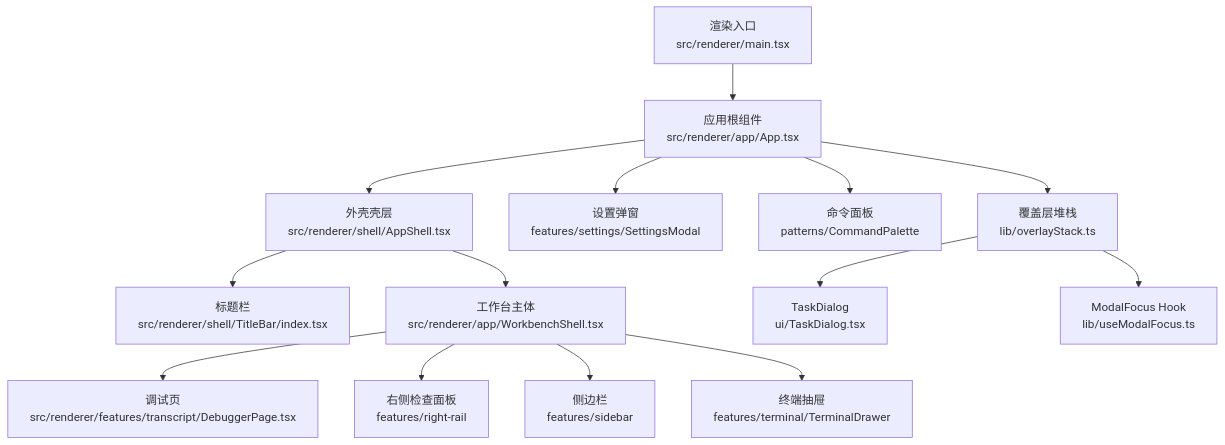
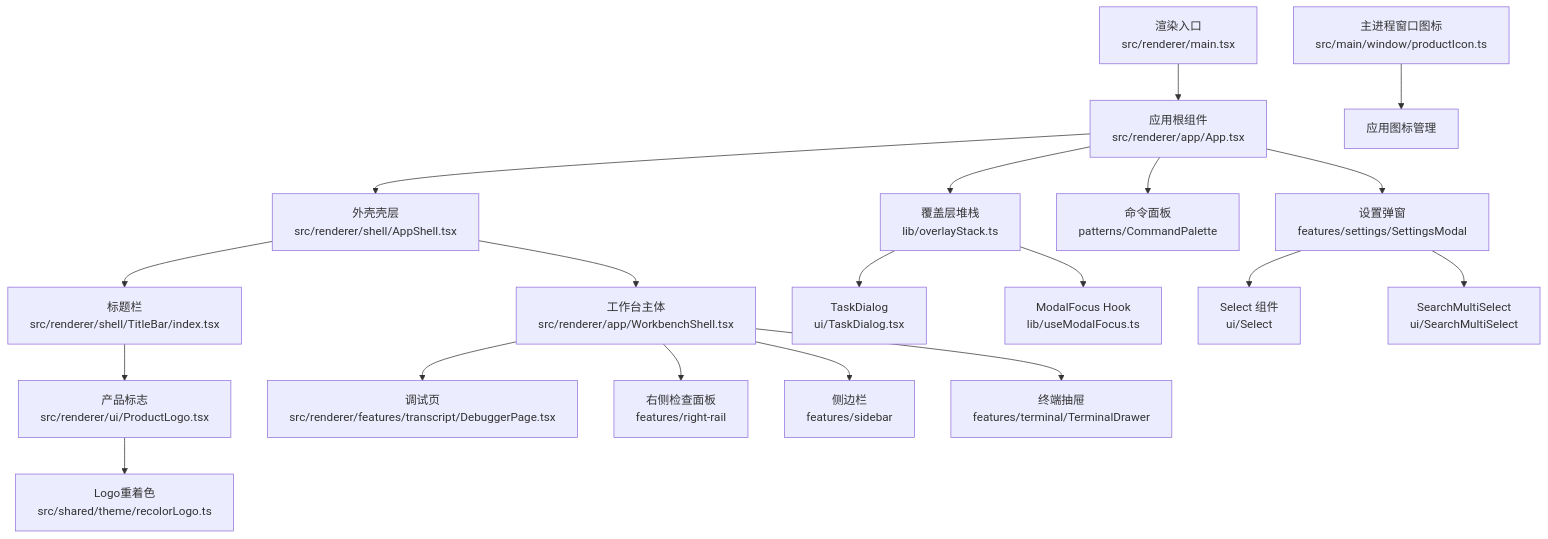
One commit to haolange/RDC-Agent changed the first of 11 diagrams in .qoder/repowiki/zh/content/用户界面/用户界面.md. Above: the diagram before and after it, drawn with Mermaid. The commit also changed other lines of this file and 80 other files, not shown here.

````diff
--- a/.qoder/repowiki/zh/content/用户界面/用户界面.md
+++ b/.qoder/repowiki/zh/content/用户界面/用户界面.md
@@ -52,16 +63,21 @@
 ```mermaid
 graph TB
 A["渲染入口<br/>src/renderer/main.tsx"] --> B["应用根组件<br/>src/renderer/app/App.tsx"]
 B --> C["外壳壳层<br/>src/renderer/shell/AppShell.tsx"]
 C --> D["标题栏<br/>src/renderer/shell/TitleBar/index.tsx"]
-C --> E["工作台主体<br/>src/renderer/app/WorkbenchShell.tsx"]
-E --> F["调试页<br/>src/renderer/features/transcript/DebuggerPage.tsx"]
-E --> G["右侧检查面板<br/>features/right-rail"]
-E --> H["侧边栏<br/>features/sidebar"]
-E --> I["终端抽屉<br/>features/terminal/TerminalDrawer"]
-B --> J["设置弹窗<br/>features/settings/SettingsModal"]
-B --> K["命令面板<br/>patterns/CommandPalette"]
-B --> L["覆盖层堆栈<br/>lib/overlayStack.ts"]
-L --> M["TaskDialog<br/>ui/TaskDialog.tsx"]
-L --> N["ModalFocus Hook<br/>lib/useModalFocus.ts"]
+D --> E["产品标志<br/>src/renderer/ui/ProductLogo.tsx"]
+E --> F["Logo重着色<br/>src/shared/theme/recolorLogo.ts"]
+C --> G["工作台主体<br/>src/renderer/app/WorkbenchShell.tsx"]
+G --> H["调试页<br/>src/renderer/features/transcript/DebuggerPage.tsx"]
+G --> I["右侧检查面板<br/>features/right-rail"]
+G --> J["侧边栏<br/>features/sidebar"]
+G --> K["终端抽屉<br/>features/terminal/TerminalDrawer"]
+B --> L["设置弹窗<br/>features/settings/SettingsModal"]
+B --> M["命令面板<br/>patterns/CommandPalette"]
+B --> N["覆盖层堆栈<br/>lib/overlayStack.ts"]
+N --> O["TaskDialog<br/>ui/TaskDialog.tsx"]
+N --> P["ModalFocus Hook<br/>lib/useModalFocus.ts"]
+L --> Q["Select 组件<br/>ui/Select"]
+L --> R["SearchMultiSelect<br/>ui/SearchMultiSelect"]
+S["主进程窗口图标<br/>src/main/window/productIcon.ts"] --> T["应用图标管理"]
 ```
````
